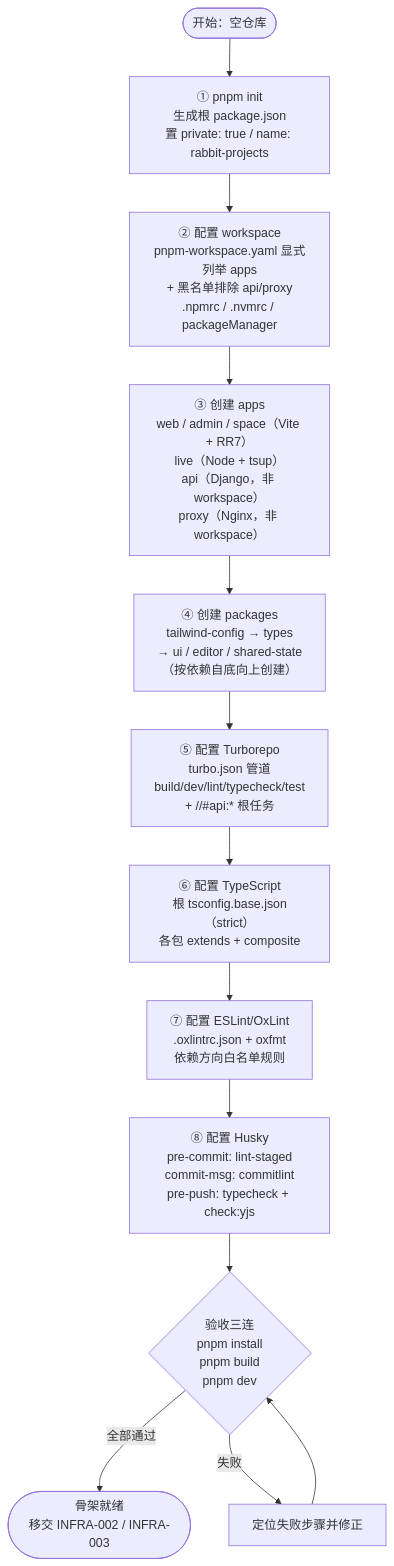
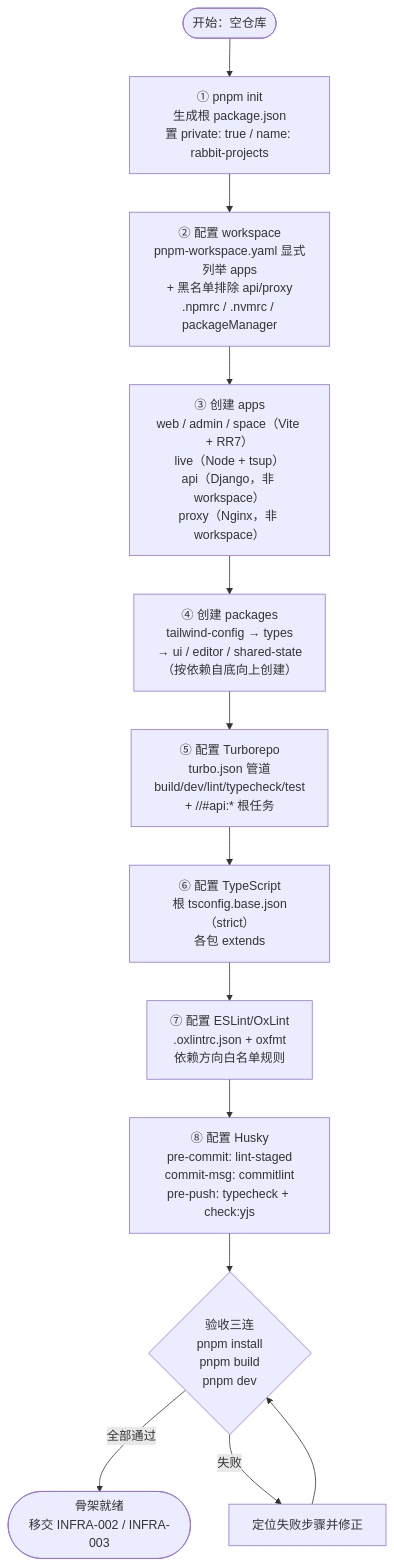
Before and after one commit to RabbitAI-Lab/RabbitProjects: the first of 2 diagrams in docs/sprint-0-poc/INFRA-001-monorepo-scaffold.md, drawn with Mermaid. The commit also changed other lines of this file and 86 other files, not shown here.

````diff
--- a/docs/sprint-0-poc/INFRA-001-monorepo-scaffold.md
+++ b/docs/sprint-0-poc/INFRA-001-monorepo-scaffold.md
@@ -83,15 +83,15 @@
 ```mermaid
 flowchart TD
     START([开始：空仓库]) --> STEP1["① pnpm init<br/>生成根 package.json<br/>置 private: true / name: rabbit-projects"]
     STEP1 --> STEP2["② 配置 workspace<br/>pnpm-workspace.yaml 显式列举 apps<br/>+ 黑名单排除 api/proxy<br/>.npmrc / .nvmrc / packageManager"]
     STEP2 --> STEP3["③ 创建 apps<br/>web / admin / space（Vite + RR7）<br/>live（Node + tsup）<br/>api（Django，非 workspace）<br/>proxy（Nginx，非 workspace）"]
     STEP3 --> STEP4["④ 创建 packages<br/>tailwind-config → types<br/>→ ui / editor / shared-state<br/>（按依赖自底向上创建）"]
     STEP4 --> STEP5["⑤ 配置 Turborepo<br/>turbo.json 管道<br/>build/dev/lint/typecheck/test<br/>+ //#api:* 根任务"]
-    STEP5 --> STEP6["⑥ 配置 TypeScript<br/>根 tsconfig.base.json（strict）<br/>各包 extends + composite"]
+    STEP5 --> STEP6["⑥ 配置 TypeScript<br/>根 tsconfig.base.json（strict）<br/>各包 extends"]
     STEP6 --> STEP7["⑦ 配置 ESLint/OxLint<br/>.oxlintrc.json + oxfmt<br/>依赖方向白名单规则"]
     STEP7 --> STEP8["⑧ 配置 Husky<br/>pre-commit: lint-staged<br/>commit-msg: commitlint<br/>pre-push: typecheck + check:yjs"]
     STEP8 --> VERIFY{"验收三连<br/>pnpm install<br/>pnpm build<br/>pnpm dev"}
     VERIFY -->|全部通过| DONE([骨架就绪<br/>移交 INFRA-002 / INFRA-003])
     VERIFY -->|失败| FIX["定位失败步骤并修正"]
     FIX --> VERIFY
 ```
````
